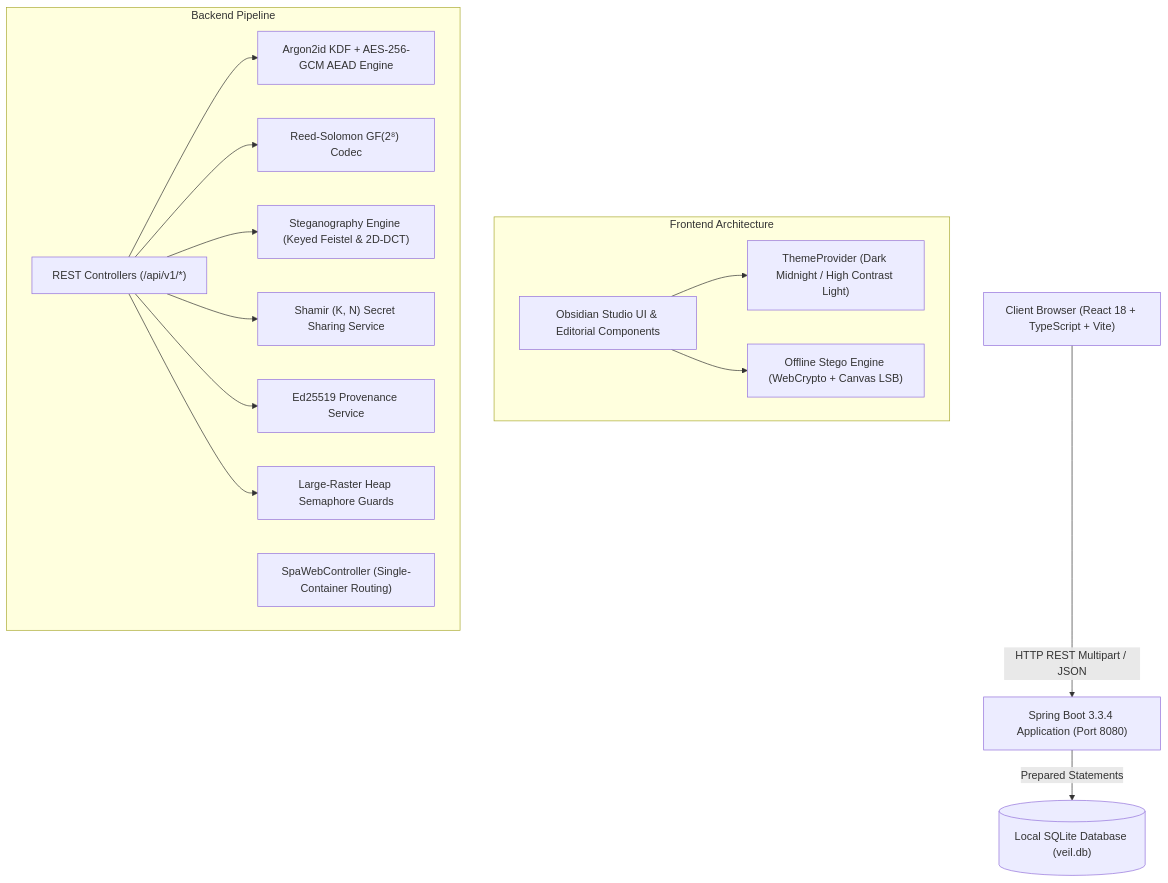
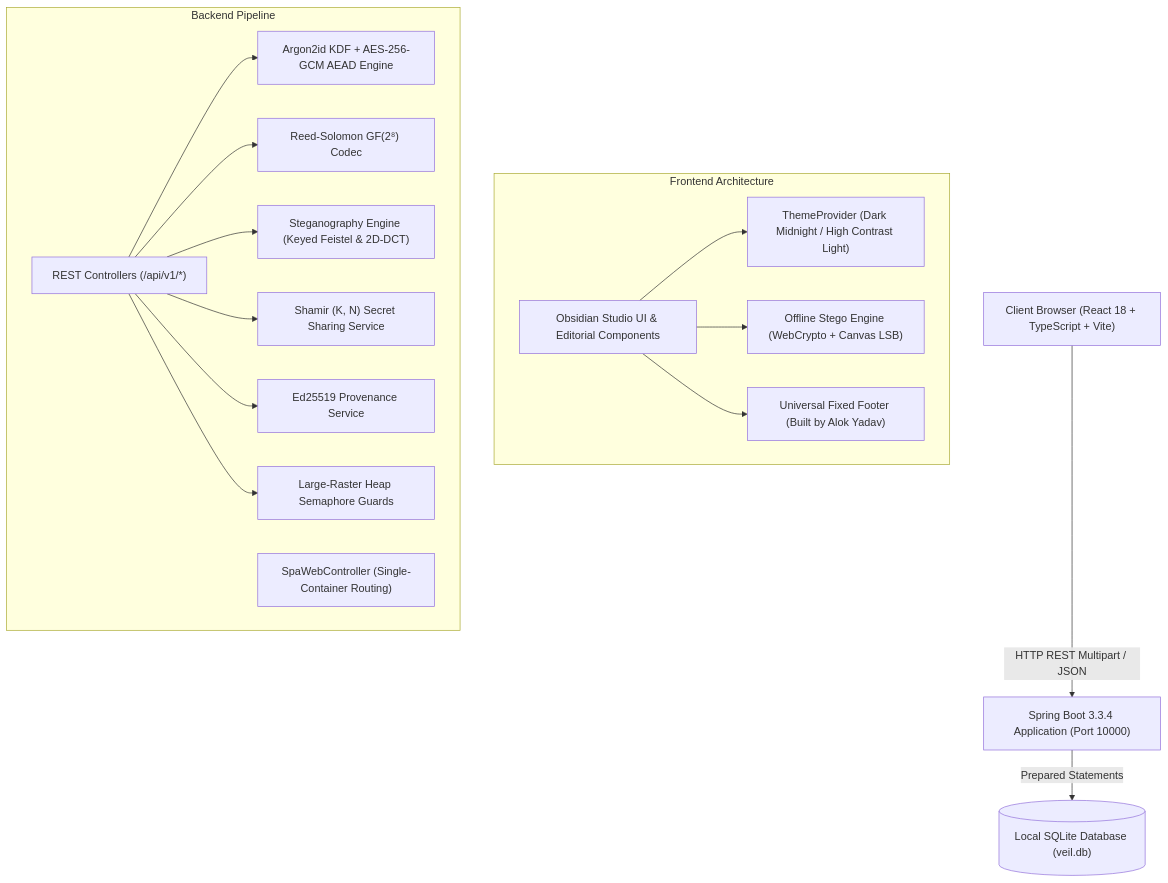
Before and after one commit to Alok-Yadav25/VEIL: the diagram in README.md, drawn with Mermaid. The commit also changed other lines of this file and 2 other files, not shown here.

````diff
--- a/README.md
+++ b/README.md
@@ -141,34 +167,36 @@
 ```mermaid
 flowchart TD
     Client["Client Browser (React 18 + TypeScript + Vite)"]
     
     subgraph Frontend Architecture
         UI["Obsidian Studio UI & Editorial Components"]
         Theme["ThemeProvider (Dark Midnight / High Contrast Light)"]
         OfflineEngine["Offline Stego Engine (WebCrypto + Canvas LSB)"]
+        Footer["Universal Fixed Footer (Built by Alok Yadav)"]
         UI --> Theme
         UI --> OfflineEngine
+        UI --> Footer
     end
     
-    Client -->|HTTP REST Multipart / JSON| Backend["Spring Boot 3.3.4 Application (Port 8080)"]
+    Client -->|HTTP REST Multipart / JSON| Backend["Spring Boot 3.3.4 Application (Port 10000)"]
     
     subgraph Backend Pipeline
         Controller["REST Controllers (/api/v1/*)"]
         SpaCtrl["SpaWebController (Single-Container Routing)"]
         Crypto["Argon2id KDF + AES-256-GCM AEAD Engine"]
         FEC["Reed-Solomon GF(2⁸) Codec"]
         StegoEngine["Steganography Engine (Keyed Feistel & 2D-DCT)"]
         Sharding["Shamir (K, N) Secret Sharing Service"]
         Provenance["Ed25519 Provenance Service"]
         MemoryGuard["Large-Raster Heap Semaphore Guards"]
         
         Controller --> Crypto
         Controller --> FEC
         Controller --> StegoEngine
         Controller --> Sharding
         Controller --> Provenance
         Controller --> MemoryGuard
     end
     
     Backend -->|Prepared Statements| DB[("Local SQLite Database (veil.db)")]
 ```
````
